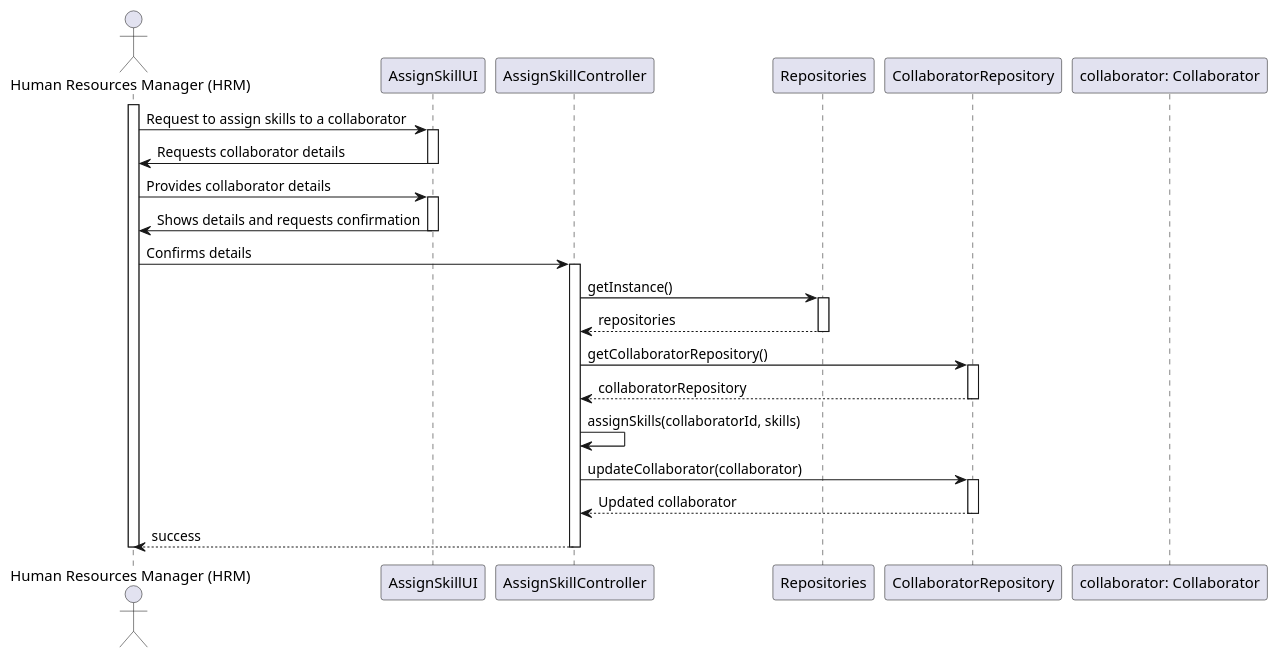
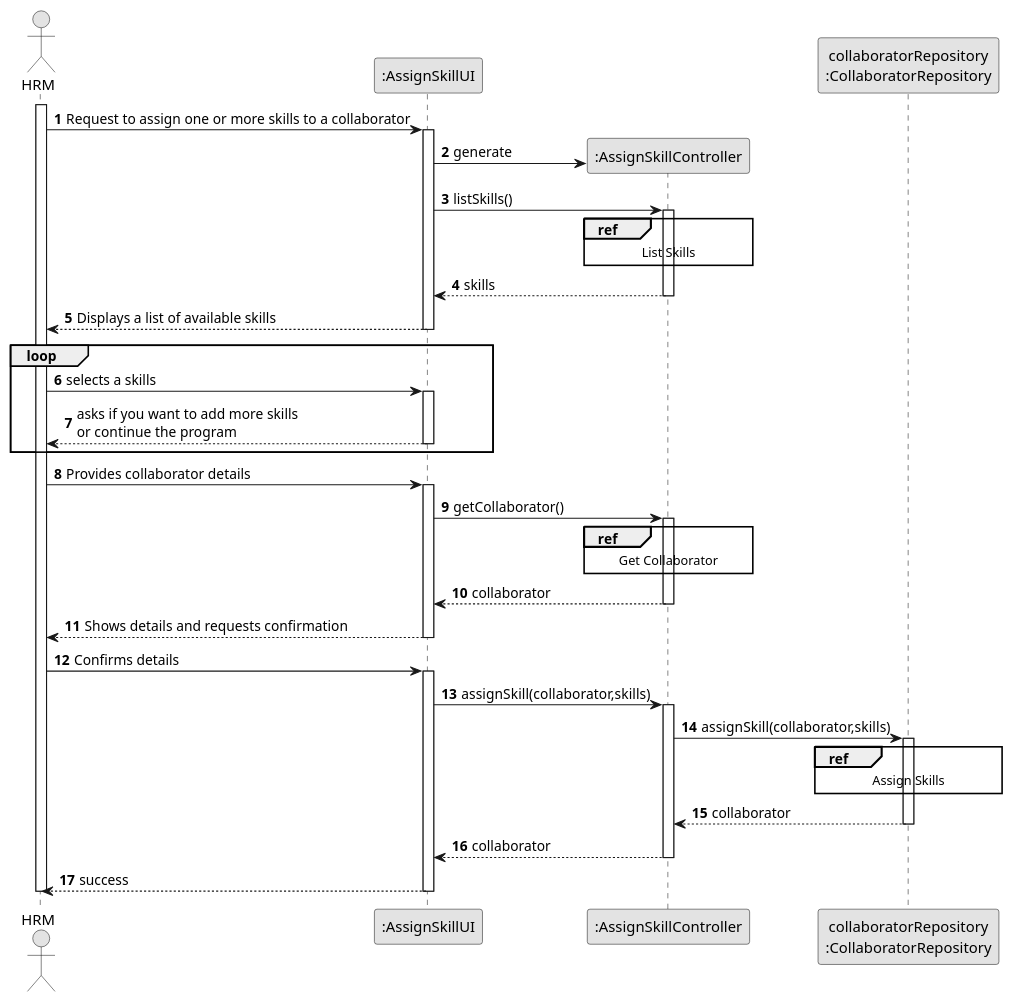
Before and after one commit to diogoveirospro/lei-24-s2-1dg-g072: the diagram in docs/sprintB/us004/03.design/puml/us004-sequence-diagram-split.puml, drawn with PlantUML. The commit also changed 19 other files, not shown here.

```diff
--- a/docs/sprintB/us004/03.design/puml/us004-sequence-diagram-split.puml
+++ b/docs/sprintB/us004/03.design/puml/us004-sequence-diagram-split.puml
@@ -1,53 +1,76 @@
 @startuml
-'skinparam monochrome true
+skinparam monochrome true
 skinparam packageStyle rectangle
 skinparam shadowing false
 
-actor "Human Resources Manager (HRM)" as HRM
-participant AssignSkillUI
-participant AssignSkillController
-participant Repositories
-participant CollaboratorRepository
-participant "collaborator: Collaborator" as collaborator
+autonumber
+
+actor HRM
+participant ":AssignSkillUI" as UI
+participant ":AssignSkillController" as CTRL
+participant "collaboratorRepository\n:CollaboratorRepository" as CREP
 
 activate HRM
 
-HRM -> AssignSkillUI : Request to assign skills to a collaborator
-activate AssignSkillUI
+HRM -> UI : Request to assign one or more skills to a collaborator
+activate UI
 
-AssignSkillUI -> HRM: Requests collaborator details
-deactivate AssignSkillUI
+        UI -> CTRL** : generate
 
-HRM -> AssignSkillUI : Provides collaborator details
-activate AssignSkillUI
+        UI -> CTRL: listSkills()
+                activate CTRL
+                        ref over CTRL
+                                List Skills
+                        end
+                        CTRL --> UI: skills
+                deactivate CTRL
+UI --> HRM: Displays a list of available skills
+deactivate UI
+loop
+HRM -> UI : selects a skills
+activate UI
 
-AssignSkillUI -> HRM : Shows details and requests confirmation
-deactivate AssignSkillUI
+        UI --> HRM: asks if you want to add more skills\nor continue the program
+deactivate UI
+end
+HRM -> UI : Provides collaborator details
+activate UI
 
-HRM -> AssignSkillController : Confirms details
-activate AssignSkillController
+        UI -> CTRL: getCollaborator()
 
-AssignSkillController -> Repositories: getInstance()
-activate Repositories
+        activate CTRL
 
-Repositories --> AssignSkillController: repositories
-deactivate Repositories
+                ref over CTRL
+                        Get Collaborator
+                end
+                CTRL --> UI: collaborator
+        deactivate CTRL
 
-AssignSkillController -> CollaboratorRepository: getCollaboratorRepository()
-activate CollaboratorRepository
+UI --> HRM : Shows details and requests confirmation
+deactivate UI
 
-CollaboratorRepository --> AssignSkillController: collaboratorRepository
-deactivate CollaboratorRepository
+HRM -> UI : Confirms details
+activate UI
 
-AssignSkillController -> AssignSkillController : assignSkills(collaboratorId, skills)
-AssignSkillController -> CollaboratorRepository: updateCollaborator(collaborator)
-activate CollaboratorRepository
+        UI -> CTRL: assignSkill(collaborator,skills)
+        activate CTRL
 
-CollaboratorRepository --> AssignSkillController: Updated collaborator
-deactivate CollaboratorRepository
+                CTRL -> CREP: assignSkill(collaborator,skills)
+                activate CREP
 
-AssignSkillController --> HRM: success
-deactivate AssignSkillController
+                        ref over CREP
+                                Assign Skills
+                        end
+
+                        CREP --> CTRL: collaborator
+                deactivate CREP
+                CTRL --> UI: collaborator
+        deactivate CTRL
+        UI --> HRM: success
+
+deactivate UI
+
 
 deactivate HRM
+
 @enduml
```
